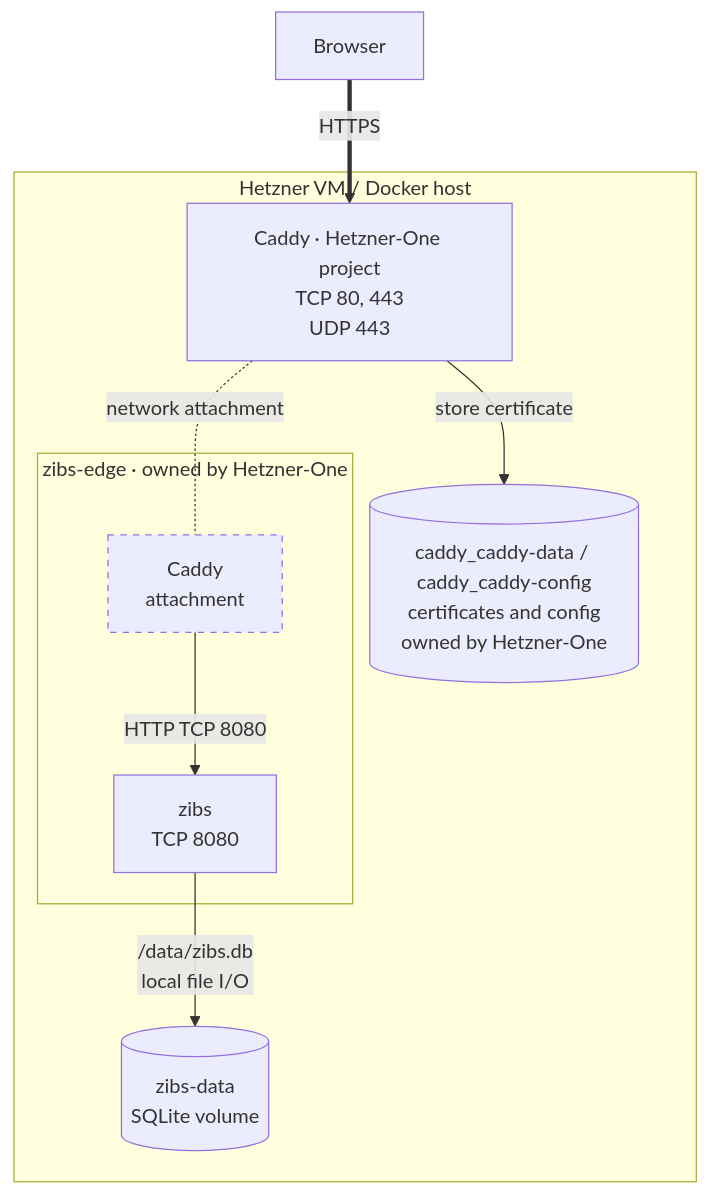
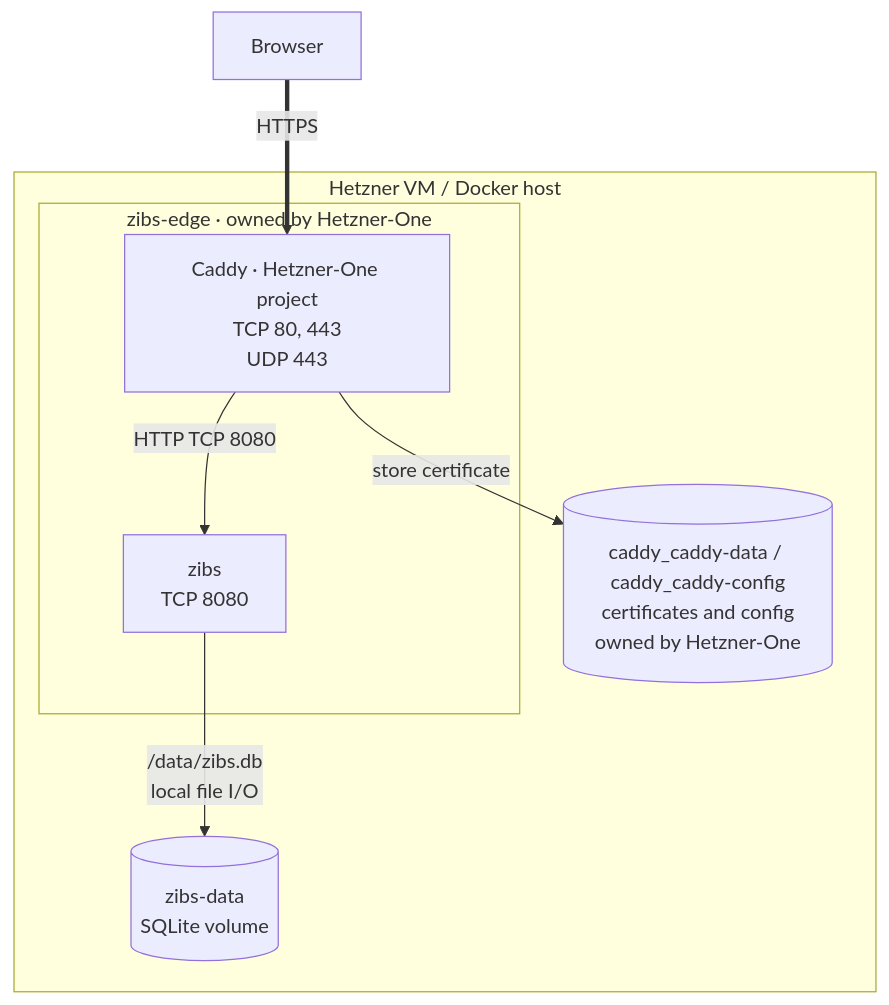
The diagram in docs/deployment-architecture.md (dvinubius/zibs), drawn with Mermaid before and after one commit. The commit also changed 1 other file, not shown here.

Commit message:
Simplify deployment and observability diagrams
Show Caddy once inside zibs-edge, route Alloy through a Docker socket
node, represent Grafana's two network attachments as one container,
and move telemetry volumes into their own diagram.

````diff
--- a/docs/deployment-architecture.md
+++ b/docs/deployment-architecture.md
@@ -9,23 +9,18 @@
 ```mermaid
 flowchart TB
     browser[Browser]
 
     subgraph host[Hetzner VM / Docker host]
         caddyData[(caddy_caddy-data / caddy_caddy-config<br/>certificates and config<br/>owned by Hetzner-One)]
         subgraph edge[zibs-edge · owned by Hetzner-One]
-            caddyAppEdge[Caddy<br/>attachment]
+            caddy[Caddy · Hetzner-One project<br/>TCP 80, 443<br/>UDP 443]
             zibs[zibs<br/>TCP 8080]
         end
         zibsData[(zibs-data<br/>SQLite volume)]
-        caddy[Caddy · Hetzner-One project<br/>TCP 80, 443<br/>UDP 443]
     end
 
     browser ==>|HTTPS| caddy
-    caddy -.-|network attachment| caddyAppEdge
-    caddyAppEdge -->|HTTP TCP 8080| zibs
+    caddy -->|HTTP TCP 8080| zibs
     zibs -->|/data/zibs.db<br/>local file I/O| zibsData
     caddy -->|store certificate| caddyData
-
-    classDef networkAttachment stroke-dasharray: 5 5;
-    class caddyAppEdge networkAttachment;
 ```
````
